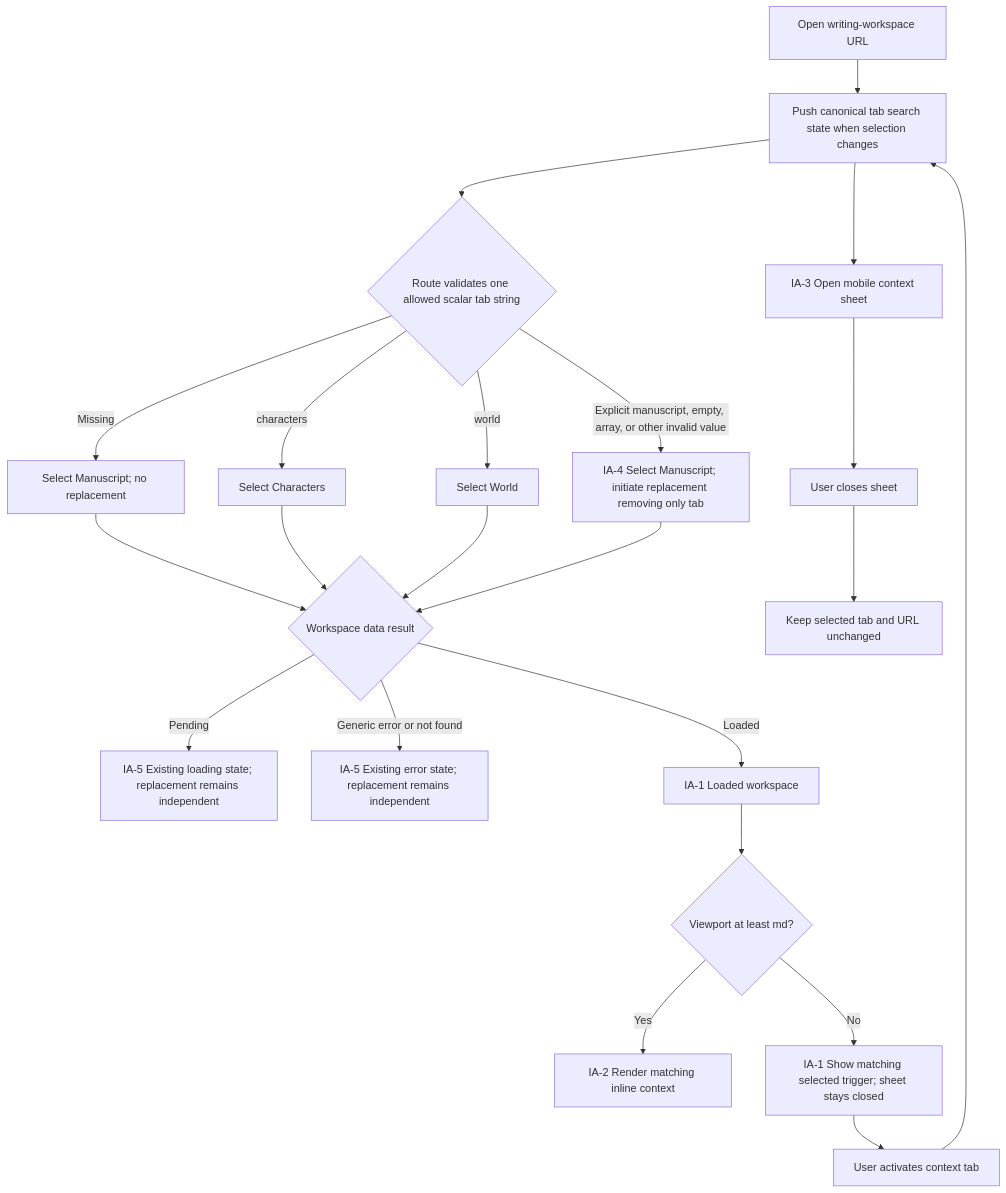
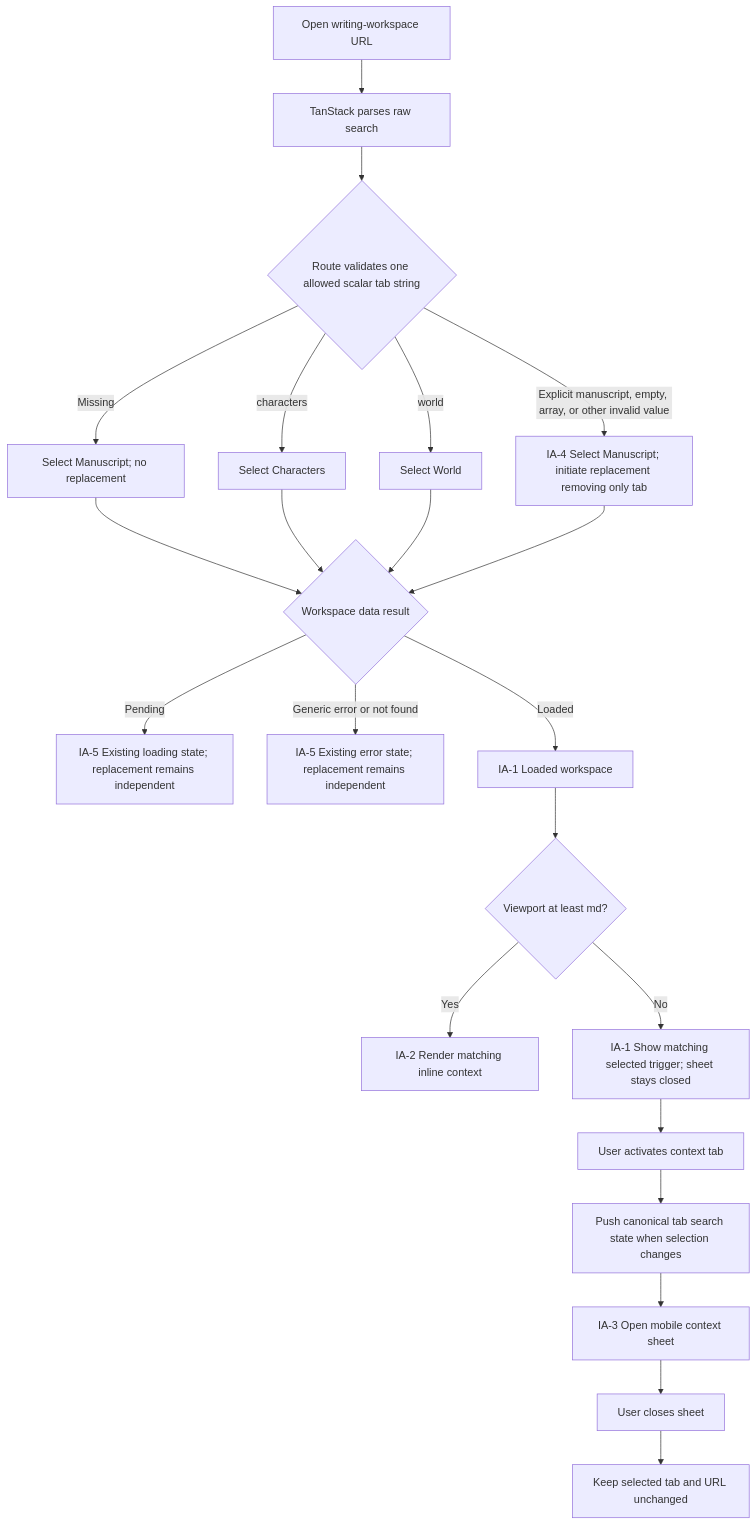
One commit to jungting20/romance-agent changed the first of 2 diagrams in frontend/docs/ui-plans/writing-workspace-tab-url-state.md. Above: the diagram before and after it, drawn with Mermaid.

Commit message:
docs(frontend): disambiguate workspace flow nodes

````diff
--- a/frontend/docs/ui-plans/writing-workspace-tab-url-state.md
+++ b/frontend/docs/ui-plans/writing-workspace-tab-url-state.md
@@ -204,24 +204,24 @@
 ```mermaid
 flowchart TD
   A[Open writing-workspace URL] --> P[TanStack parses raw search]
   P --> V{Route validates one allowed scalar tab string}
   V -->|Missing| M[Select Manuscript; no replacement]
   V -->|characters| C[Select Characters]
   V -->|world| W[Select World]
   V -->|Explicit manuscript, empty, array, or other invalid value| R[IA-4 Select Manuscript; initiate replacement removing only tab]
   M --> Q{Workspace data result}
   C --> Q
   W --> Q
   R --> Q
   Q -->|Pending| L[IA-5 Existing loading state; replacement remains independent]
   Q -->|Generic error or not found| E[IA-5 Existing error state; replacement remains independent]
   Q -->|Loaded| B[IA-1 Loaded workspace]
   B --> D{Viewport at least md?}
   D -->|Yes| I[IA-2 Render matching inline context]
   D -->|No| S[IA-1 Show matching selected trigger; sheet stays closed]
   S --> T[User activates context tab]
-  T --> P[Push canonical tab search state when selection changes]
-  P --> O[IA-3 Open mobile context sheet]
+  T --> N[Push canonical tab search state when selection changes]
+  N --> O[IA-3 Open mobile context sheet]
   O --> X[User closes sheet]
   X --> K[Keep selected tab and URL unchanged]
 ```
````
